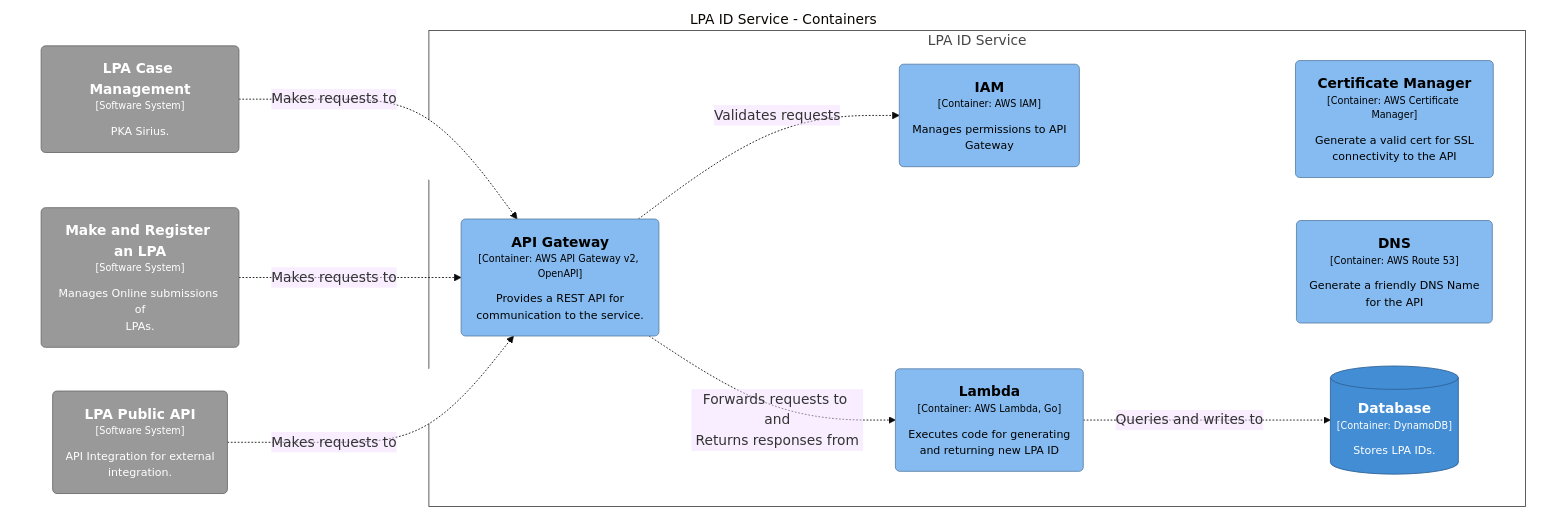
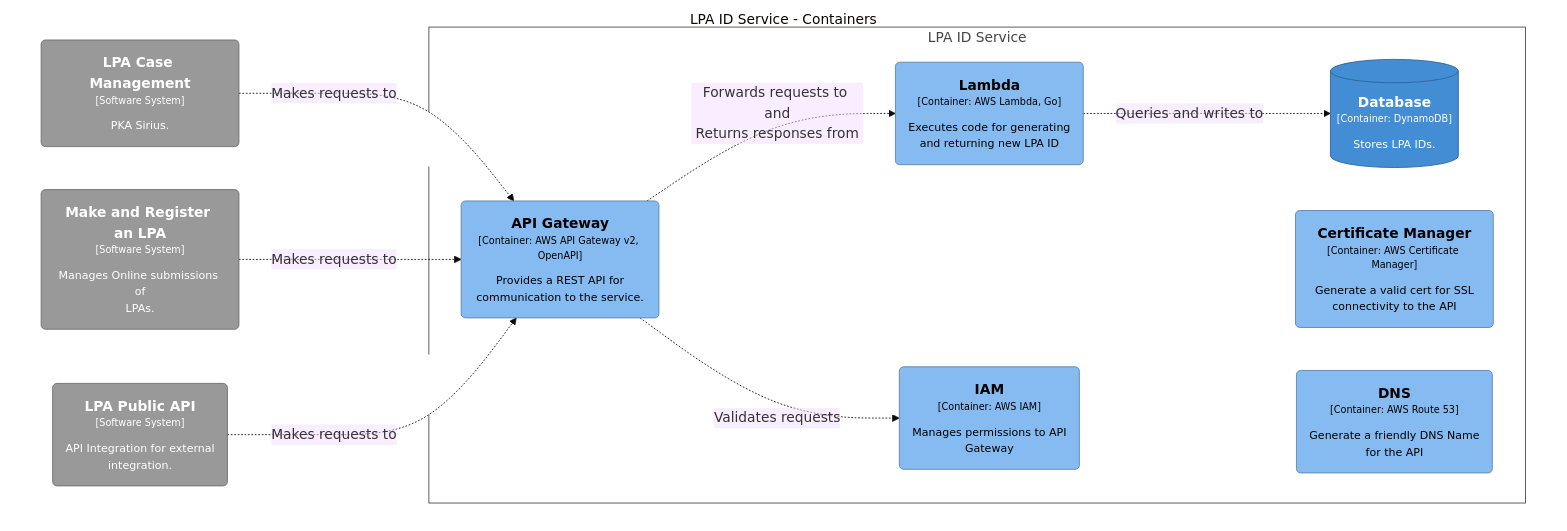
One commit to ministryofjustice/opg-data-lpa-uid changed the diagram in docs/architecture/dsl/local/structurizr-1-Container-001.mmd. Above: the diagram before and after it, drawn with Mermaid (base theme). The commit also changed 4 other files, not shown here.

```diff
--- a/docs/architecture/dsl/local/structurizr-1-Container-001.mmd
+++ b/docs/architecture/dsl/local/structurizr-1-Container-001.mmd
@@ -1,37 +1,37 @@
 graph TB
   linkStyle default fill:#ffffff
 
   subgraph diagram [LPA ID Service - Containers]
     style diagram fill:#ffffff,stroke:#ffffff
 
     4("<div style='font-weight: bold'>LPA Case Management</div><div style='font-size: 70%; margin-top: 0px'>[Software System]</div><div style='font-size: 80%; margin-top:10px'>PKA Sirius.</div>")
     style 4 fill:#999999,stroke:#6b6b6b,color:#ffffff
     5("<div style='font-weight: bold'>Make and Register an LPA</div><div style='font-size: 70%; margin-top: 0px'>[Software System]</div><div style='font-size: 80%; margin-top:10px'>Manages Online submissions of<br />LPAs.</div>")
     style 5 fill:#999999,stroke:#6b6b6b,color:#ffffff
     6("<div style='font-weight: bold'>LPA Public API</div><div style='font-size: 70%; margin-top: 0px'>[Software System]</div><div style='font-size: 80%; margin-top:10px'>API Integration for external<br />integration.</div>")
     style 6 fill:#999999,stroke:#6b6b6b,color:#ffffff
 
     subgraph 7 [LPA ID Service]
       style 7 fill:#ffffff,stroke:#444444,color:#444444
 
-      10("<div style='font-weight: bold'>DNS</div><div style='font-size: 70%; margin-top: 0px'>[Container: AWS Route 53]</div><div style='font-size: 80%; margin-top:10px'>Generate a friendly DNS Name<br />for the API</div>")
-      style 10 fill:#85bbf0,stroke:#5d82a8,color:#000000
-      11("<div style='font-weight: bold'>API Gateway</div><div style='font-size: 70%; margin-top: 0px'>[Container: AWS API Gateway v2, OpenAPI]</div><div style='font-size: 80%; margin-top:10px'>Provides a REST API for<br />communication to the service.</div>")
+      11("<div style='font-weight: bold'>IAM</div><div style='font-size: 70%; margin-top: 0px'>[Container: AWS IAM]</div><div style='font-size: 80%; margin-top:10px'>Manages permissions to API<br />Gateway</div>")
       style 11 fill:#85bbf0,stroke:#5d82a8,color:#000000
-      12("<div style='font-weight: bold'>Lambda</div><div style='font-size: 70%; margin-top: 0px'>[Container: AWS Lambda, Go]</div><div style='font-size: 80%; margin-top:10px'>Executes code for generating<br />and returning new LPA ID</div>")
+      12("<div style='font-weight: bold'>Certificate Manager</div><div style='font-size: 70%; margin-top: 0px'>[Container: AWS Certificate Manager]</div><div style='font-size: 80%; margin-top:10px'>Generate a valid cert for SSL<br />connectivity to the API</div>")
       style 12 fill:#85bbf0,stroke:#5d82a8,color:#000000
-      13[("<div style='font-weight: bold'>Database</div><div style='font-size: 70%; margin-top: 0px'>[Container: DynamoDB]</div><div style='font-size: 80%; margin-top:10px'>Stores LPA IDs.</div>")]
-      style 13 fill:#438dd5,stroke:#2e6295,color:#ffffff
-      8("<div style='font-weight: bold'>IAM</div><div style='font-size: 70%; margin-top: 0px'>[Container: AWS IAM]</div><div style='font-size: 80%; margin-top:10px'>Manages permissions to API<br />Gateway</div>")
-      style 8 fill:#85bbf0,stroke:#5d82a8,color:#000000
-      9("<div style='font-weight: bold'>Certificate Manager</div><div style='font-size: 70%; margin-top: 0px'>[Container: AWS Certificate Manager]</div><div style='font-size: 80%; margin-top:10px'>Generate a valid cert for SSL<br />connectivity to the API</div>")
+      13("<div style='font-weight: bold'>DNS</div><div style='font-size: 70%; margin-top: 0px'>[Container: AWS Route 53]</div><div style='font-size: 80%; margin-top:10px'>Generate a friendly DNS Name<br />for the API</div>")
+      style 13 fill:#85bbf0,stroke:#5d82a8,color:#000000
+      14("<div style='font-weight: bold'>API Gateway</div><div style='font-size: 70%; margin-top: 0px'>[Container: AWS API Gateway v2, OpenAPI]</div><div style='font-size: 80%; margin-top:10px'>Provides a REST API for<br />communication to the service.</div>")
+      style 14 fill:#85bbf0,stroke:#5d82a8,color:#000000
+      8[("<div style='font-weight: bold'>Database</div><div style='font-size: 70%; margin-top: 0px'>[Container: DynamoDB]</div><div style='font-size: 80%; margin-top:10px'>Stores LPA IDs.</div>")]
+      style 8 fill:#438dd5,stroke:#2e6295,color:#ffffff
+      9("<div style='font-weight: bold'>Lambda</div><div style='font-size: 70%; margin-top: 0px'>[Container: AWS Lambda, Go]</div><div style='font-size: 80%; margin-top:10px'>Executes code for generating<br />and returning new LPA ID</div>")
       style 9 fill:#85bbf0,stroke:#5d82a8,color:#000000
     end
 
-    11-. "<div>Forwards requests to and<br />Returns responses from</div><div style='font-size: 70%'></div>" .->12
-    11-. "<div>Validates requests</div><div style='font-size: 70%'></div>" .->8
-    12-. "<div>Queries and writes to</div><div style='font-size: 70%'></div>" .->13
-    4-. "<div>Makes requests to</div><div style='font-size: 70%'></div>" .->11
-    5-. "<div>Makes requests to</div><div style='font-size: 70%'></div>" .->11
-    6-. "<div>Makes requests to</div><div style='font-size: 70%'></div>" .->11
+    9-. "<div>Queries and writes to</div><div style='font-size: 70%'></div>" .->8
+    14-. "<div>Forwards requests to and<br />Returns responses from</div><div style='font-size: 70%'></div>" .->9
+    14-. "<div>Validates requests</div><div style='font-size: 70%'></div>" .->11
+    4-. "<div>Makes requests to</div><div style='font-size: 70%'></div>" .->14
+    5-. "<div>Makes requests to</div><div style='font-size: 70%'></div>" .->14
+    6-. "<div>Makes requests to</div><div style='font-size: 70%'></div>" .->14
   end
```
